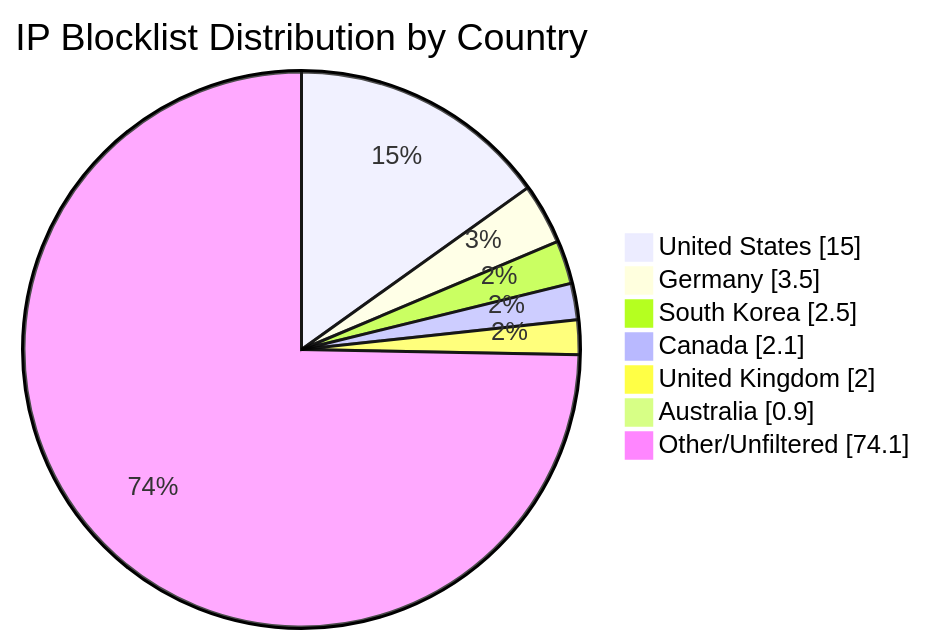
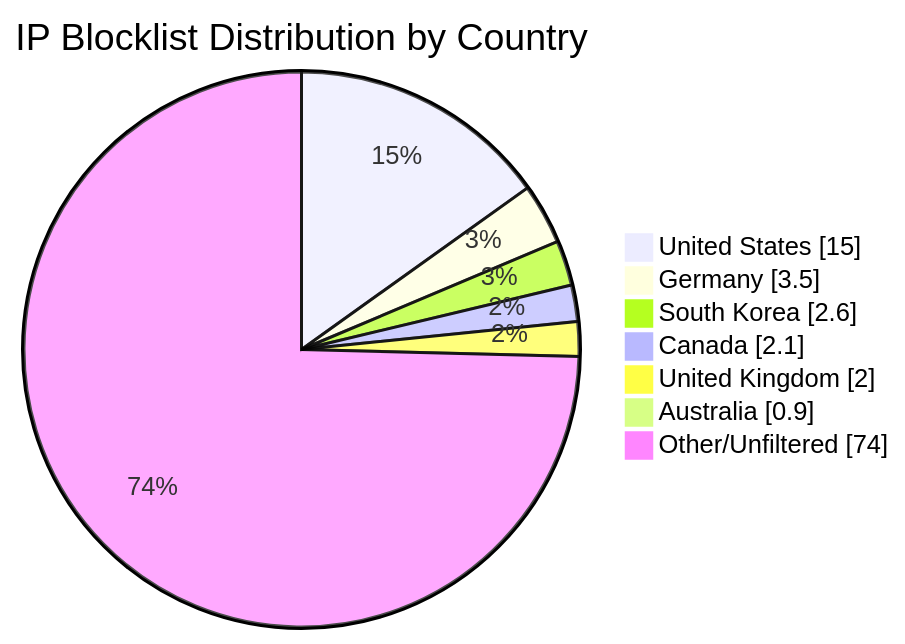
Before and after one commit to MarcusHoltz/ipblocklist-geofiltered-aggregator: the diagram in README.md, drawn with Mermaid. The commit also changed other lines of this file and 9 other files, not shown here.

````diff
--- a/README.md
+++ b/README.md
@@ -34,10 +34,10 @@
 ```mermaid
 pie showData title IP Blocklist Distribution by Country
 "United States" : 15.0
 "Germany" : 3.5
-"South Korea" : 2.5
+"South Korea" : 2.6
 "Canada" : 2.1
 "United Kingdom" : 2.0
 "Australia" : 0.9
-"Other/Unfiltered" : 74.1
+"Other/Unfiltered" : 74.0
 ```
````
